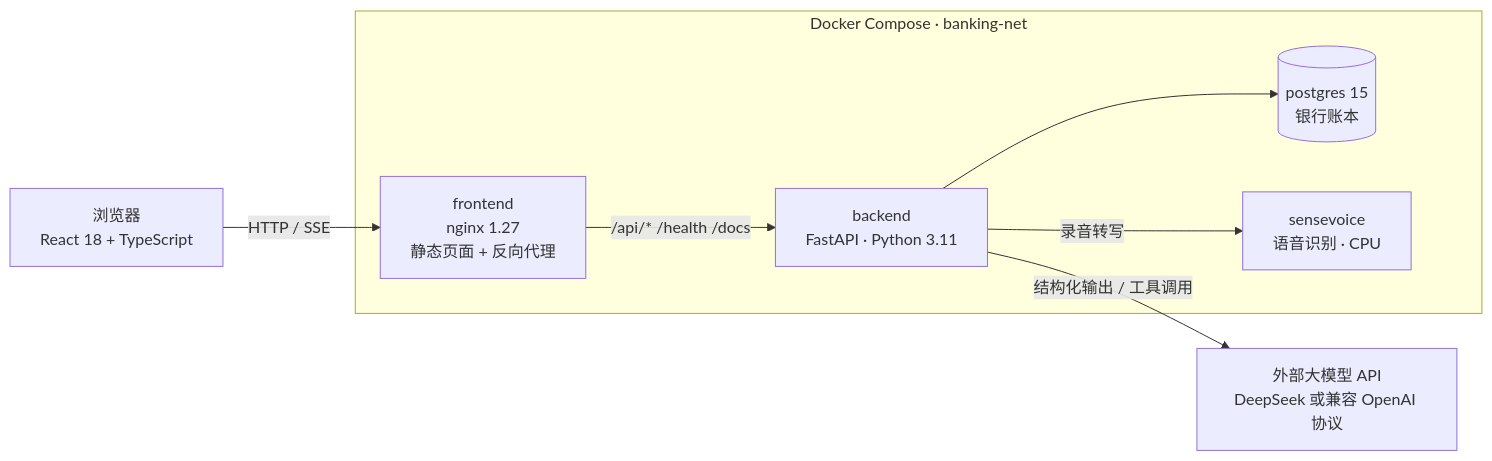
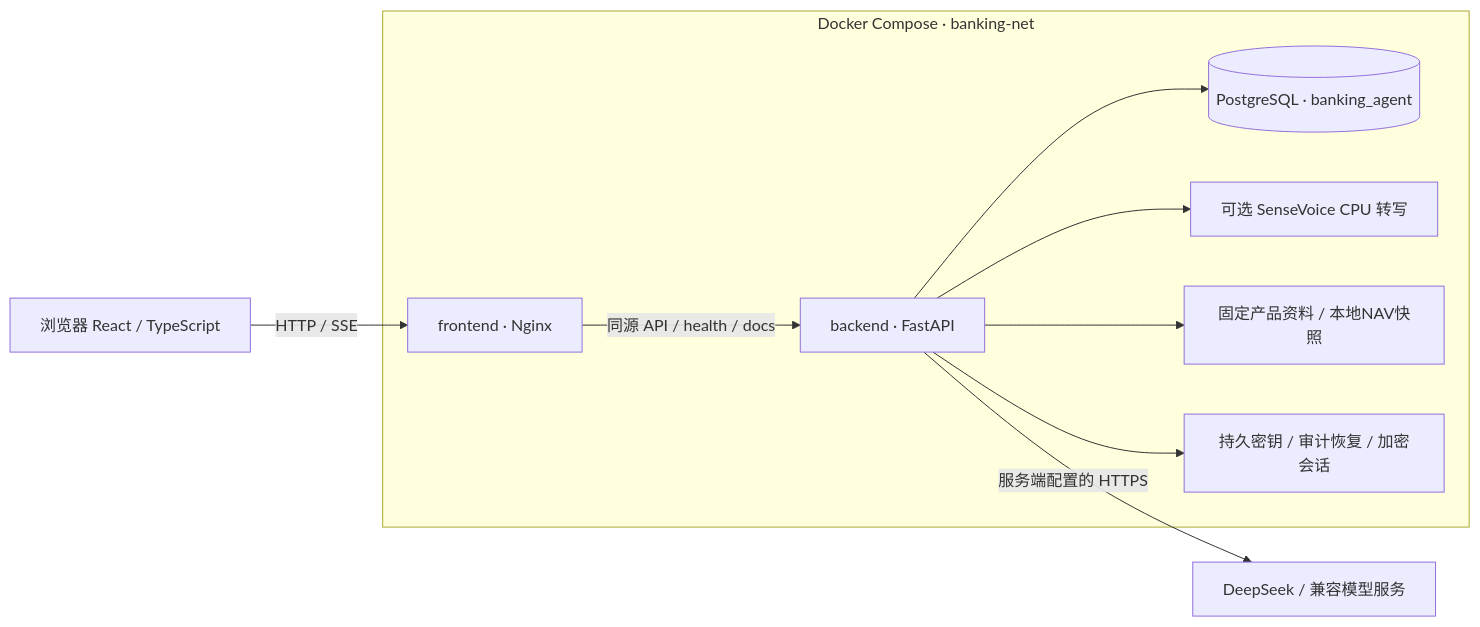
The first of 4 diagrams in 技术文档.md (Stainnifuski/2026-Fintechathon-ai-banking-agent), drawn with Mermaid before and after one commit. The commit also changed other lines of this file and 39 other files, not shown here.

````diff
--- a/技术文档.md
+++ b/技术文档.md
@@ -9,16 +15,12 @@
 ```mermaid
 flowchart LR
-    U[浏览器<br/>React 18 + TypeScript] -->|HTTP / SSE| N
-
-    subgraph Docker["Docker Compose · banking-net"]
-        N[frontend<br/>nginx 1.27<br/>静态页面 + 反向代理]
-        B[backend<br/>FastAPI · Python 3.11]
-        P[(postgres 15<br/>银行账本)]
-        V[sensevoice<br/>语音识别 · CPU]
-        N -->|/api/*  /health  /docs| B
-        B --> P
-        B -->|录音转写| V
+    U[浏览器 React / TypeScript] -->|HTTP / SSE| N
+    subgraph C[Docker Compose · banking-net]
+      N[frontend · Nginx] -->|同源 API / health / docs| B[backend · FastAPI]
+      B --> P[(PostgreSQL · banking_agent)]
+      B --> V[可选 SenseVoice CPU 转写]
+      B --> D[固定产品资料 / 本地NAV快照]
+      B --> S[持久密钥 / 审计恢复 / 加密会话]
     end
-
-    B -->|结构化输出 / 工具调用| L[外部大模型 API<br/>DeepSeek 或兼容 OpenAI 协议]
+    B -->|服务端配置的 HTTPS| M[DeepSeek / 兼容模型服务]
 ```
````
